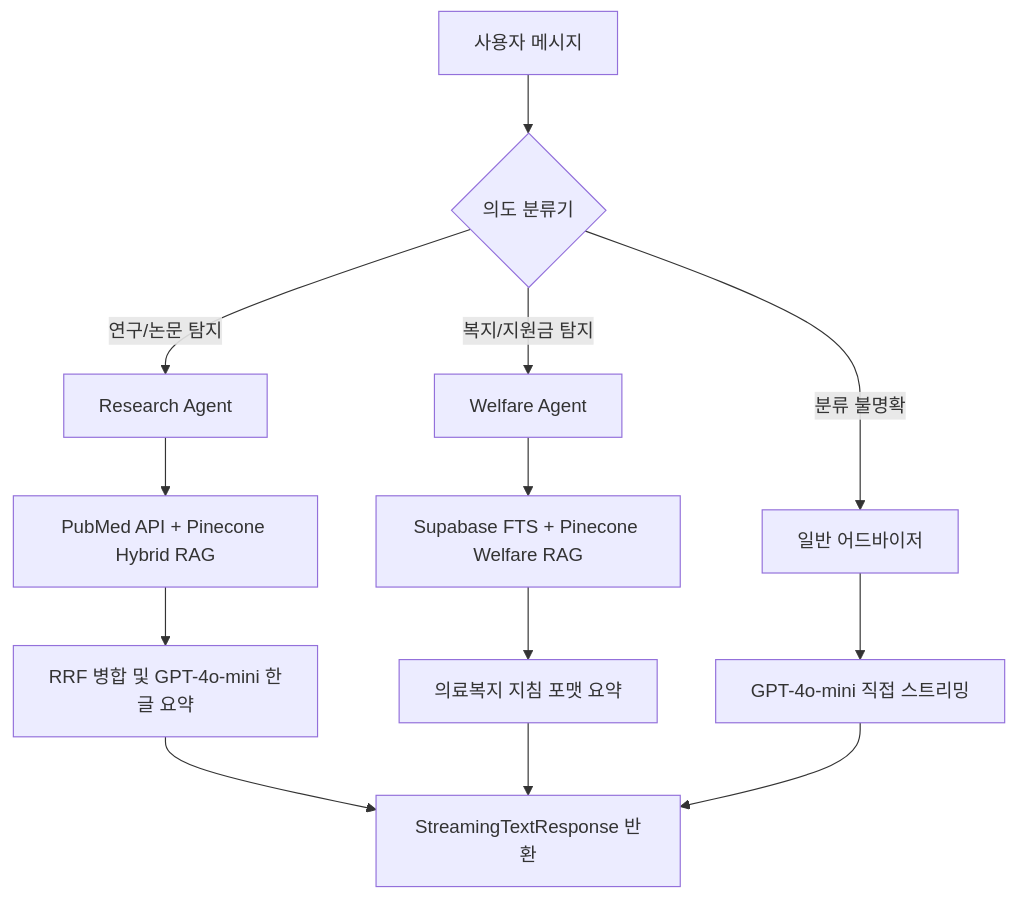
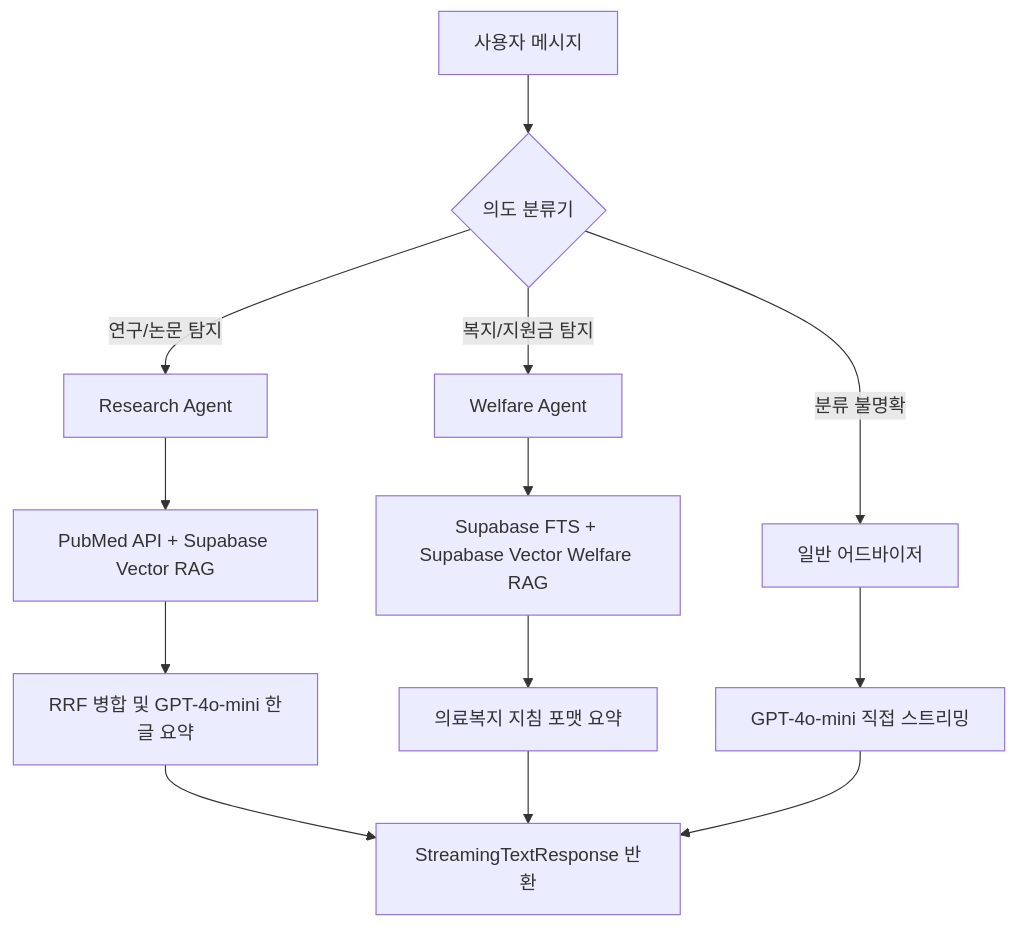
One commit to yunjoolee1210/ontology_test changed the diagram in README.md. Above: the diagram before and after it, drawn with Mermaid. The commit also changed other lines of this file and 14 other files, not shown here.

Commit message:
docs & feat: Update PRD to v1.0, remove Pinecone, transition to Supabase pgvector RAG, and implement medical safety guardrails

````diff
--- a/README.md
+++ b/README.md
@@ -36,18 +36,18 @@
 ```mermaid
 graph TD
     A[사용자 메시지] --> B{의도 분류기}
     B -- "연구/논문 탐지" --> C[Research Agent]
     B -- "복지/지원금 탐지" --> D[Welfare Agent]
     B -- "분류 불명확" --> E[일반 어드바이저]
     
-    C --> F[PubMed API + Pinecone Hybrid RAG]
-    D --> G[Supabase FTS + Pinecone Welfare RAG]
+    C --> F[PubMed API + Supabase Vector RAG]
+    D --> G[Supabase FTS + Supabase Vector Welfare RAG]
     E --> H[GPT-4o-mini 직접 스트리밍]
     
     F --> I[RRF 병합 및 GPT-4o-mini 한글 요약]
     G --> J[의료복지 지침 포맷 요약]
     
     I --> K[StreamingTextResponse 반환]
     J --> K
     H --> K
 ```
````
